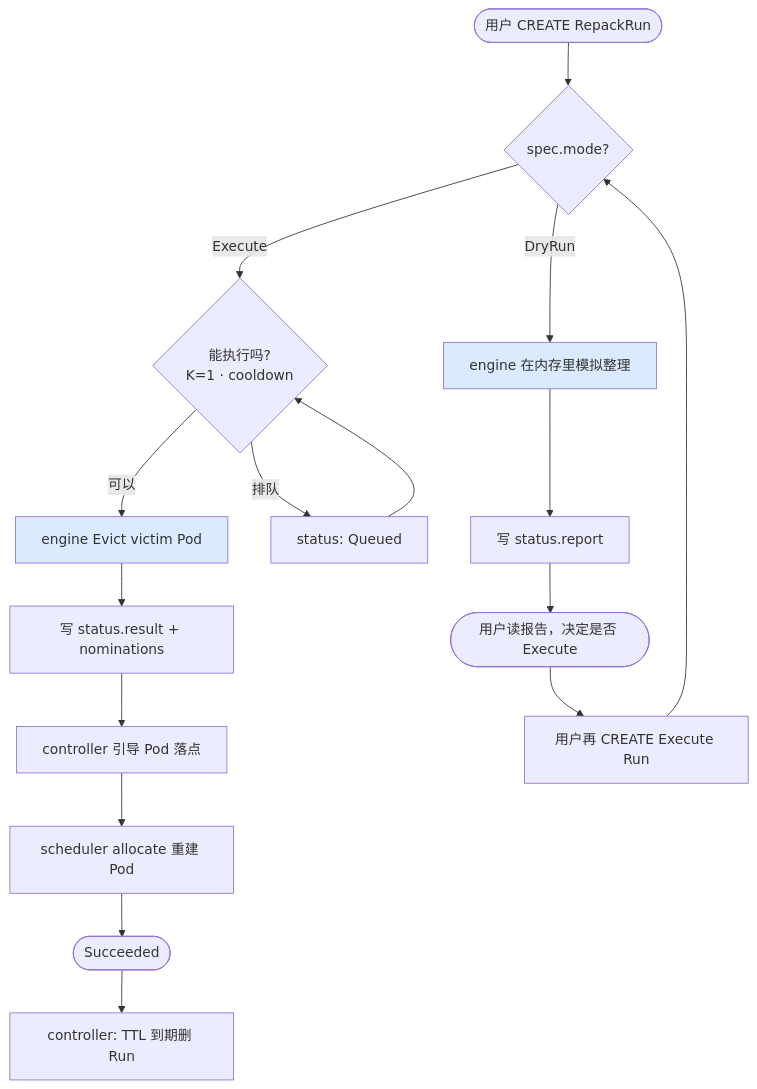
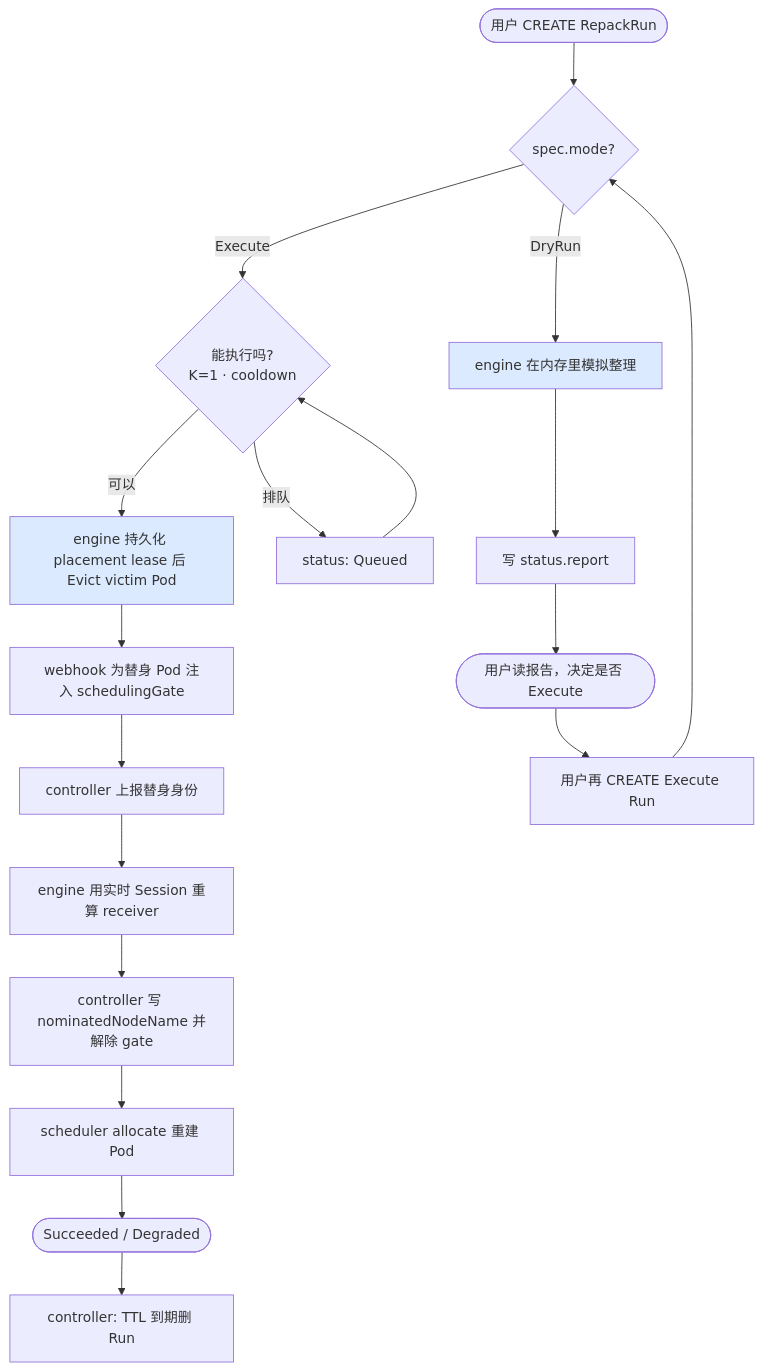
Before and after one commit to wangyang0616/volcano: the third of 3 diagrams in docs/design/repack-module-architecture.md, drawn with Mermaid. The commit also changed other lines of this file and 35 other files, not shown here.

````diff
--- a/docs/design/repack-module-architecture.md
+++ b/docs/design/repack-module-architecture.md
@@ -107,27 +107,29 @@
 ```mermaid
 flowchart TB
     START([用户 CREATE RepackRun])
 
     START --> MODE{spec.mode?}
 
     MODE -->|DryRun| D1[engine 在内存里模拟整理]
     D1 --> D2[写 status.report]
     D2 --> D3([用户读报告，决定是否 Execute])
 
     MODE -->|Execute| E1{能执行吗?<br/>K=1 · cooldown}
     E1 -->|排队| E2[status: Queued]
     E2 --> E1
-    E1 -->|可以| E3[engine Evict  victim Pod]
-    E3 --> E4[写 status.result + nominations]
-    E4 --> E5[controller 引导 Pod 落点]
-    E5 --> E6[scheduler allocate 重建 Pod]
-    E6 --> END([Succeeded])
+    E1 -->|可以| E3[engine 持久化 placement lease 后 Evict victim Pod]
+    E3 --> E4[webhook 为替身 Pod 注入 schedulingGate]
+    E4 --> E5[controller 上报替身身份]
+    E5 --> E6[engine 用实时 Session 重算 receiver]
+    E6 --> E7[controller 写 nominatedNodeName 并解除 gate]
+    E7 --> E8[scheduler allocate 重建 Pod]
+    E8 --> END([Succeeded / Degraded])
 
     D3 --> EXEC[用户再 CREATE Execute Run]
     EXEC --> MODE
 
     END --> GC[controller: TTL 到期删 Run]
 
     style D1 fill:#dbeafe
     style E3 fill:#dbeafe
 ```
````
